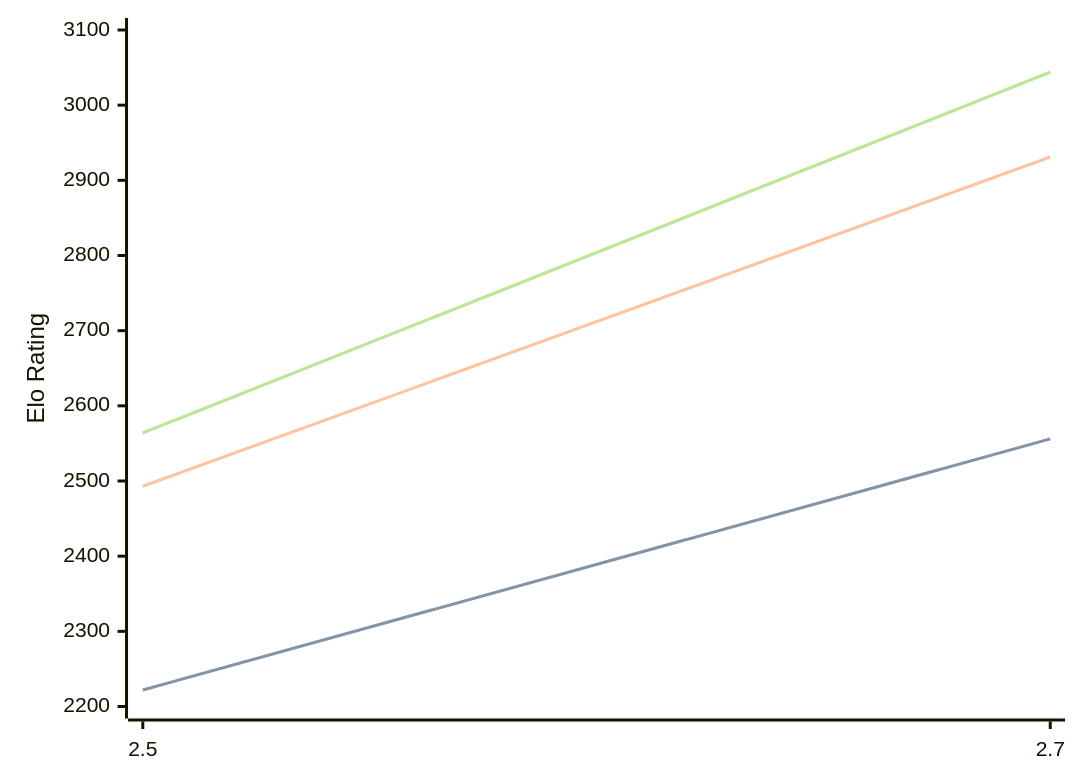
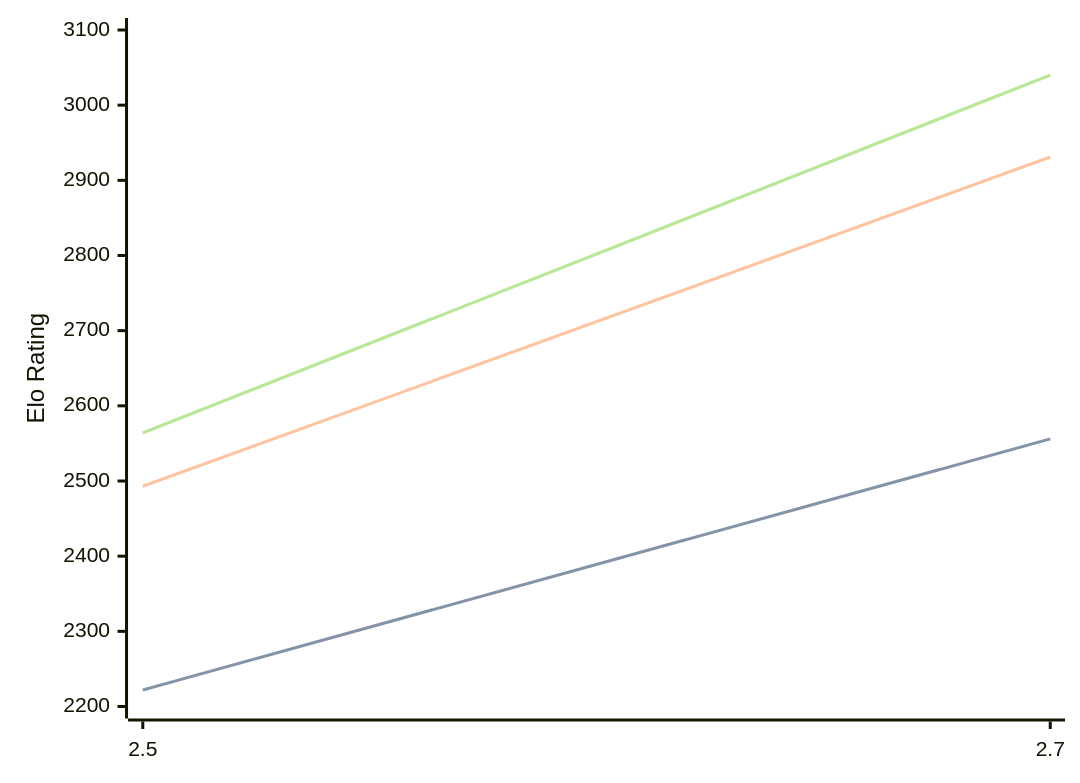
Before and after one commit to computer-chess-index/cci: the diagram in engines/Zevra.md, drawn with Mermaid. The commit also changed other lines of this file, not shown here.

Commit message:
Update CCI Ratings (ELO VLTC) - 2026-09-08

````diff
--- a/engines/Zevra.md
+++ b/engines/Zevra.md
@@ -32,11 +32,11 @@
 ```mermaid
 %%{init: {"theme":"base","themeVariables":{"seriesColors:['#a3a3a3','#222221','#faa371']}}}%%
 xychart-beta
   x-axis ["2.5", "2.7"]
   y-axis "Elo Rating" 2200 --> 3100
   line "" [2222, 2556]
   line "STC (8.0+0.08s)" [2222, 2556]
   line "LTC (60.0+0.60s)" [2493, 2931]
-  line "" [2564, 3044]
-  line "VLTC (2m24s+1.12s)" [2564, 3044]
+  line "" [2564, 3040]
+  line "VLTC (2m24s+1.12s)" [2564, 3040]
 ```
````
